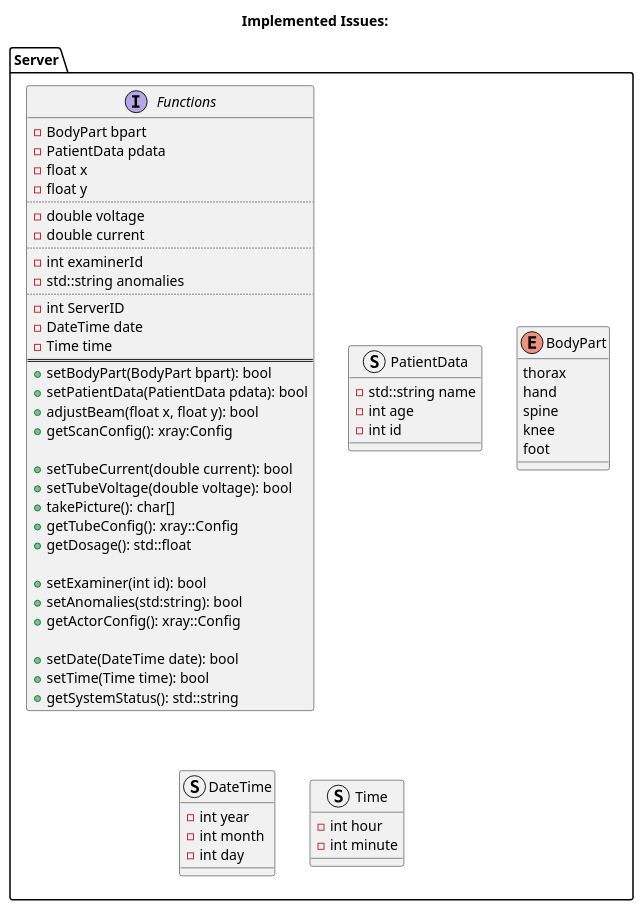
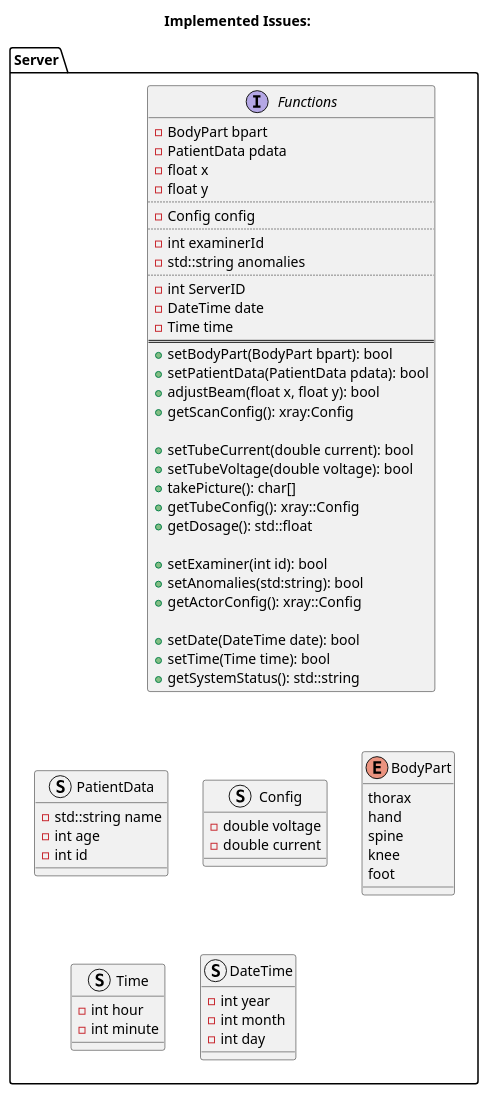
One commit to a-kuntz/JsonRPC changed the fourth of 4 diagrams in workshop/doc/workshop.md. Above: the diagram before and after it, drawn with PlantUML. The commit also changed other lines of this file and 3 other files, not shown here.

````diff
--- a/workshop/doc/workshop.md
+++ b/workshop/doc/workshop.md
@@ -155,70 +155,74 @@
 ```plantuml
 @startuml
 title "Implemented Issues:"
 package "Server" {
     interface "Functions" { 
         -BodyPart bpart
         -PatientData pdata
         -float x
         -float y
         ..
-        -double voltage
-        -double current
+        -Config config 
         ..
         -int examinerId
         -std::string anomalies
         ..
         -int ServerID
         -DateTime date
         -Time time
         ==
         +setBodyPart(BodyPart bpart): bool
         +setPatientData(PatientData pdata): bool
         +adjustBeam(float x, float y): bool
         +getScanConfig(): xray:Config 
 
         +setTubeCurrent(double current): bool
         +setTubeVoltage(double voltage): bool 
         +takePicture(): char[]
         +getTubeConfig(): xray::Config
         +getDosage(): std::float
         
         +setExaminer(int id): bool
         +setAnomalies(std:string): bool
         +getActorConfig(): xray::Config
   
         +setDate(DateTime date): bool
         +setTime(Time time): bool 
         +getSystemStatus(): std::string
     }
     together {
         struct PatientData {
             -std::string name
             -int age
             -int id
         }
         enum BodyPart {
             thorax
             hand
             spine
             knee
             foot
         }
+        struct Config {
+            -double voltage
+            -double current
+        }
         
     }
     together {
         struct Time{
             -int hour
             -int minute
         }
         struct DateTime{
             -int year
             -int month
             -int day
         }
     }
+    
     PatientData -[hidden]-> Time 
 
 @enduml  
 }
 ```
````
